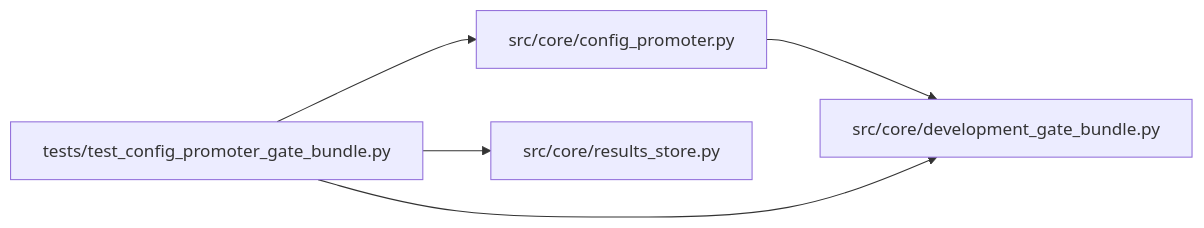
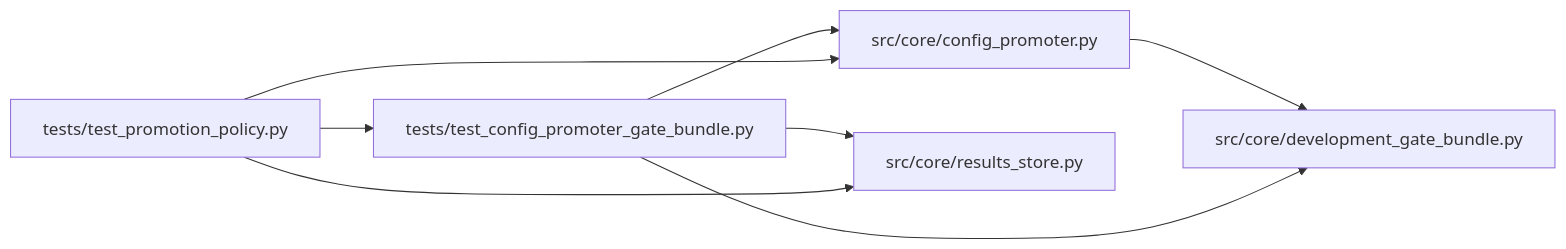
Before and after one commit to Denissvgn/autoresearch-agent: the diagram in docs/llm_wiki/modules/test_config_promoter_gate_bundle.md, drawn with Mermaid. The commit also changed other lines of this file and 1033 other files, not shown here.

````diff
--- a/docs/llm_wiki/modules/test_config_promoter_gate_bundle.md
+++ b/docs/llm_wiki/modules/test_config_promoter_gate_bundle.md
@@ -26,15 +26,20 @@
 ```mermaid
 flowchart LR
     n0["src/core/config_promoter.py"]
     n1["src/core/development_gate_bundle.py"]
     n2["src/core/results_store.py"]
     n3["tests/test_config_promoter_gate_bundle.py"]
+    n4["tests/test_promotion_policy.py"]
     n0 --> n1
     n3 --> n0
     n3 --> n1
     n3 --> n2
+    n4 --> n0
+    n4 --> n2
+    n4 --> n3
     click n0 "../modules/config_promoter.md"
     click n1 "../modules/development_gate_bundle.md"
     click n2 "../modules/results_store.md"
     click n3 "../modules/test_config_promoter_gate_bundle.md"
+    click n4 "../modules/test_promotion_policy.md"
 ```
````
